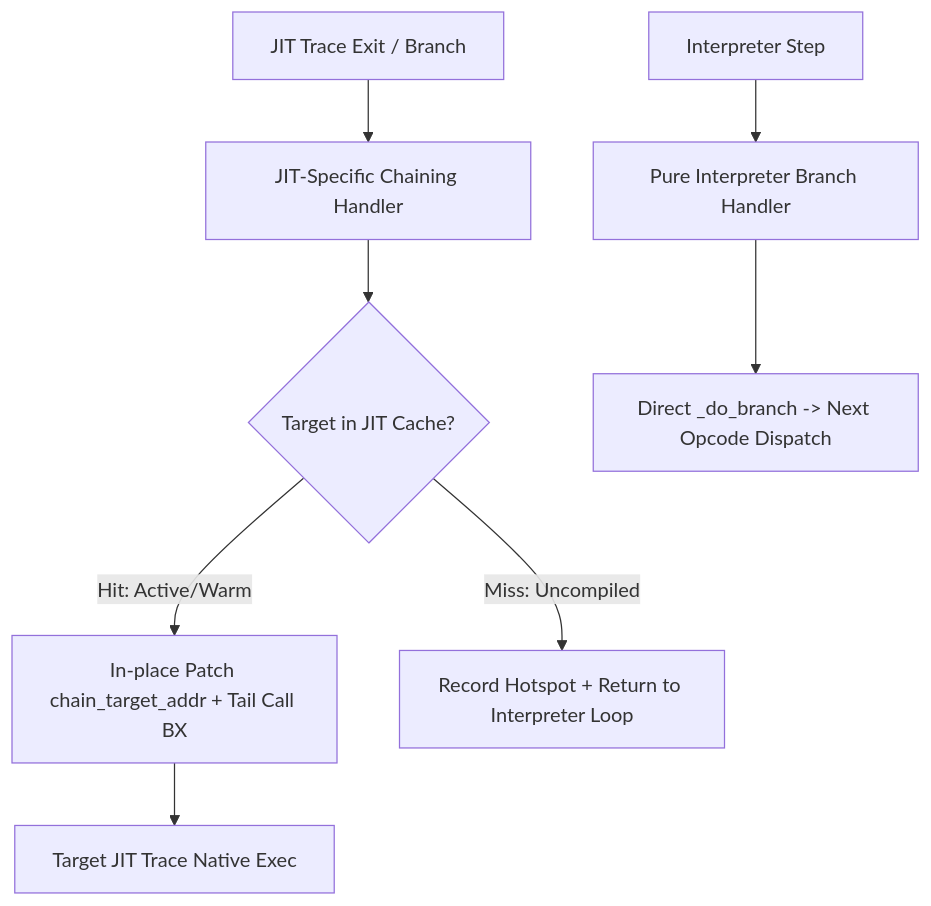
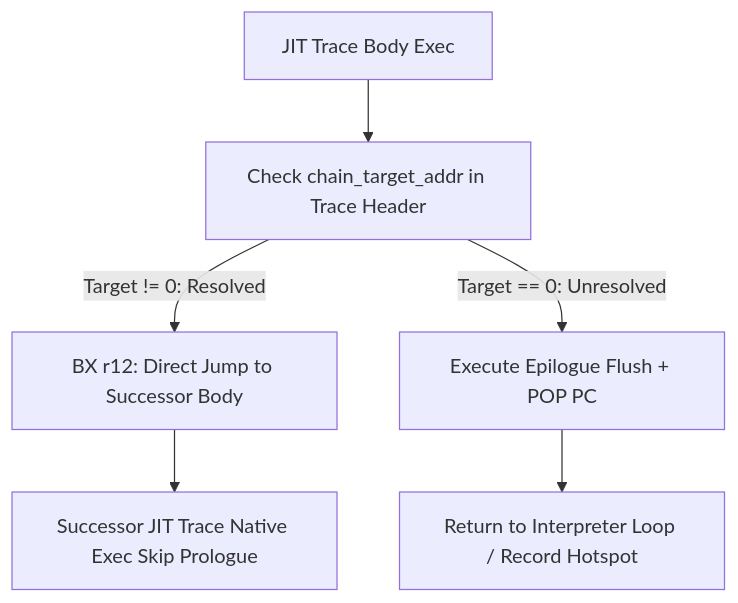
Before and after one commit to kmt-t/fireball: the second of 5 diagrams in docs/components/tier3_jit/jit_compiler.md, drawn with Mermaid. The commit also changed other lines of this file and 1 other file, not shown here.

Commit message:
docs(jit): adopt header-based dynamic chaining exit avoiding in-place code patching

````diff
--- a/docs/components/tier3_jit/jit_compiler.md
+++ b/docs/components/tier3_jit/jit_compiler.md
@@ -274,11 +274,8 @@
 ```mermaid
 graph TD
-    JITTrace[JIT Trace Exit / Branch] --> JITHdr[JIT-Specific Chaining Handler]
-    JITHdr --> Lookup{Target in JIT Cache?}
-    Lookup -->|Hit: Active/Warm| Patch[In-place Patch chain_target_addr + Tail Call BX]
-    Patch --> TargetTrace[Target JIT Trace Native Exec]
-    Lookup -->|Miss: Uncompiled| Fallback[Record Hotspot + Return to Interpreter Loop]
-
-    Interp[Interpreter Step] --> InterpHdr[Pure Interpreter Branch Handler]
-    InterpHdr --> InterpLoop[Direct _do_branch -> Next Opcode Dispatch]
+    JITTrace[JIT Trace Body Exec] --> CheckHdr[Check chain_target_addr in Trace Header]
+    CheckHdr -->|Target != 0: Resolved| DirectBranch[BX r12: Direct Jump to Successor Body]
+    DirectBranch --> NextTrace[Successor JIT Trace Native Exec Skip Prologue]
+    CheckHdr -->|Target == 0: Unresolved| FallbackStub[Execute Epilogue Flush + POP PC]
+    FallbackStub --> InterpLoop[Return to Interpreter Loop / Record Hotspot]
 ```
````
